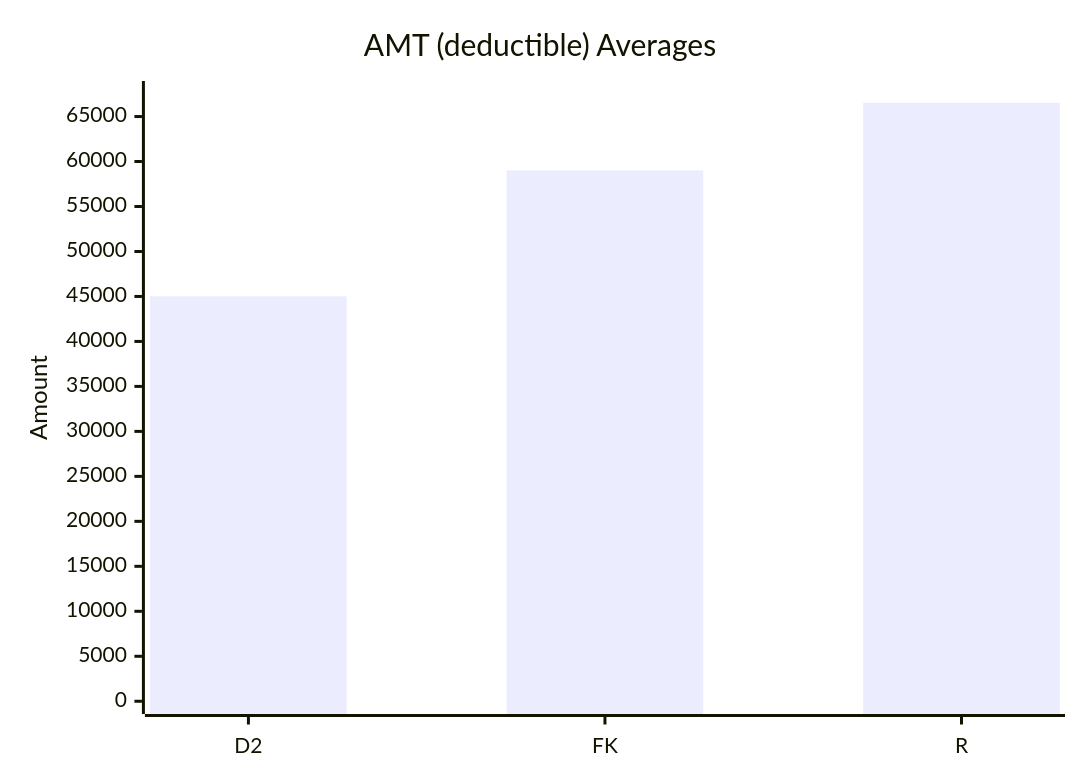
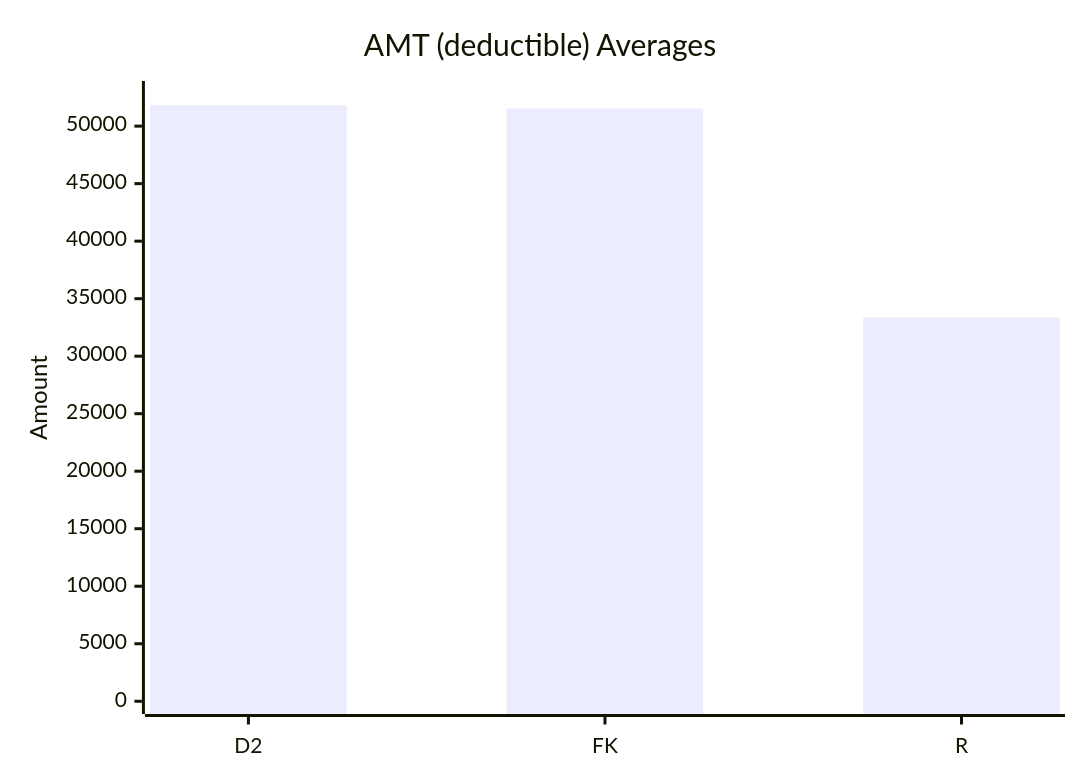
The ninth of 10 diagrams in test-tools/DataGen/src/Statistics_Visualizer.md (dhagan-va/intern-2025), drawn with Mermaid before and after one commit. The commit also changed other lines of this file and 5 other files, not shown here.

````diff
--- a/test-tools/DataGen/src/Statistics_Visualizer.md
+++ b/test-tools/DataGen/src/Statistics_Visualizer.md
@@ -95,7 +96,7 @@
 ```mermaid
 xychart-beta
     title "AMT (deductible) Averages"
     x-axis ["D2", "FK", "R"]
-    y-axis "Amount" 0 --> 67534.0
-    bar [45010.2, 59012.2, 66534.0]
+    y-axis "Amount" 0 --> 52815.02
+    bar [51815.02, 51528.39, 33369.78]
 ```
````
